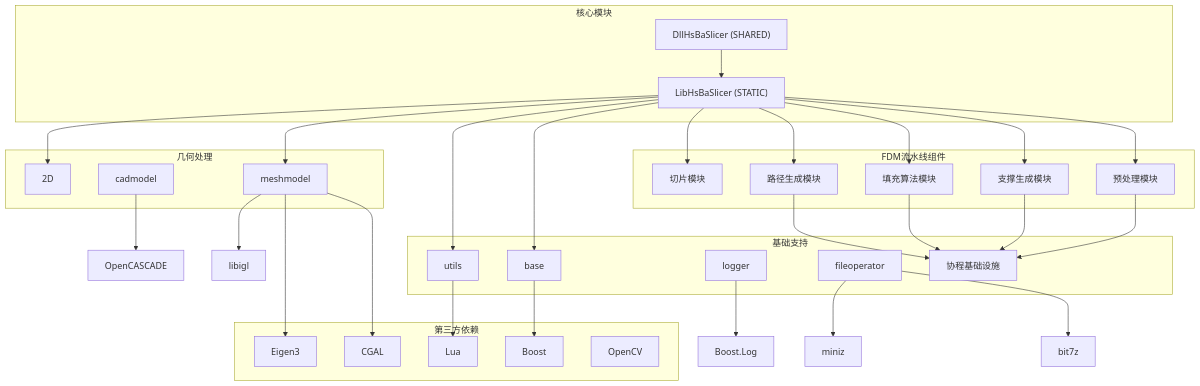
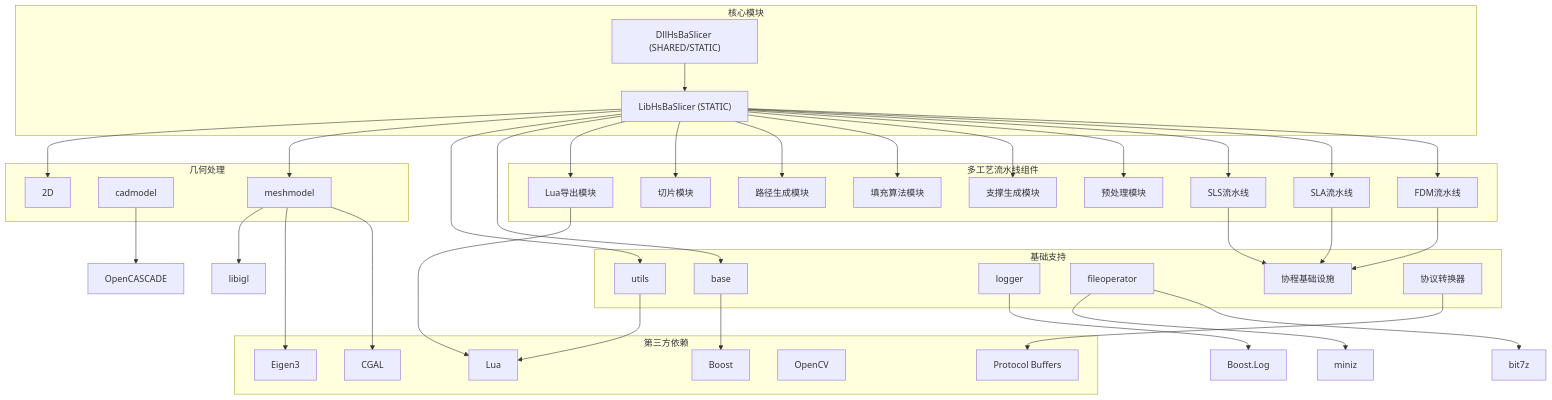
One commit to hsmbanlance/HsBaSlicer changed the first of 10 diagrams in .qoder/repowiki/zh/content/扩展与集成/动态库集成.md. Above: the diagram before and after it, drawn with Mermaid. The commit also changed other lines of this file and 19 other files, not shown here.

````diff
--- a/.qoder/repowiki/zh/content/扩展与集成/动态库集成.md
+++ b/.qoder/repowiki/zh/content/扩展与集成/动态库集成.md
@@ -55,56 +55,67 @@
 ```mermaid
 graph TB
 subgraph "核心模块"
-DllHsBaSlicer["DllHsBaSlicer (SHARED)"]
+DllHsBaSlicer["DllHsBaSlicer (SHARED/STATIC)"]
 LibHsBaSlicer["LibHsBaSlicer (STATIC)"]
 end
-subgraph "FDM流水线组件"
+subgraph "多工艺流水线组件"
+FDM["FDM流水线"]
+SLA["SLA流水线"]
+SLS["SLS流水线"]
 Preprocess["预处理模块"]
 Support["支撑生成模块"]
 Fill["填充算法模块"]
 PathGen["路径生成模块"]
 Slice["切片模块"]
+Export["Lua导出模块"]
 end
 subgraph "基础支持"
 Base["base"]
 Utils["utils"]
 Logger["logger"]
 FileOperator["fileoperator"]
 Coroutine["协程基础设施"]
+Converter["协议转换器"]
 end
 subgraph "几何处理"
 MeshModel["meshmodel"]
 CADModel["cadmodel"]
 D2["2D"]
 end
 subgraph "第三方依赖"
 CGAL["CGAL"]
 Boost["Boost"]
 Lua["Lua"]
 Eigen3["Eigen3"]
 OpenCV["OpenCV"]
+Protobuf["Protocol Buffers"]
 end
 DllHsBaSlicer --> LibHsBaSlicer
+LibHsBaSlicer --> FDM
+LibHsBaSlicer --> SLA
+LibHsBaSlicer --> SLS
 LibHsBaSlicer --> Preprocess
 LibHsBaSlicer --> Support
 LibHsBaSlicer --> Fill
 LibHsBaSlicer --> PathGen
 LibHsBaSlicer --> Slice
+LibHsBaSlicer --> Export
 LibHsBaSlicer --> Base
 LibHsBaSlicer --> Utils
 LibHsBaSlicer --> MeshModel
 LibHsBaSlicer --> D2
-Preprocess --> Coroutine
-Support --> Coroutine
-Fill --> Coroutine
-PathGen --> Coroutine
+FDM --> Coroutine
+SLA --> Coroutine
+SLS --> Coroutine
+Export --> Lua
 MeshModel --> CGAL
 MeshModel --> Eigen3
 MeshModel --> libigl["libigl"]
 CADModel --> OpenCASCADE
 Base --> Boost
 Utils --> Lua
 Logger --> BoostLog["Boost.Log"]
 FileOperator --> bit7z["bit7z"]
 FileOperator --> miniz["miniz"]
+Converter --> Protobuf
 ```
````
